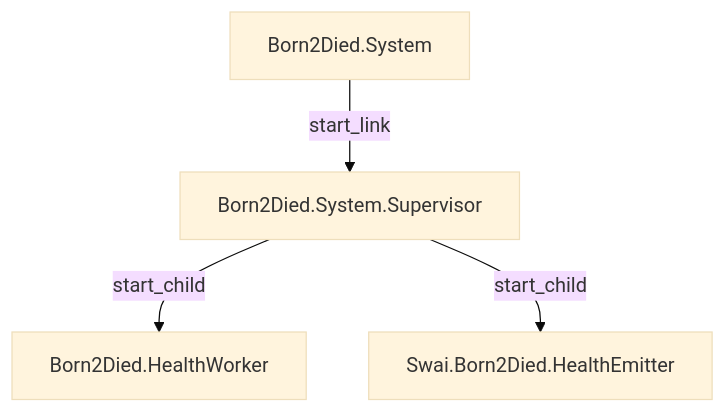
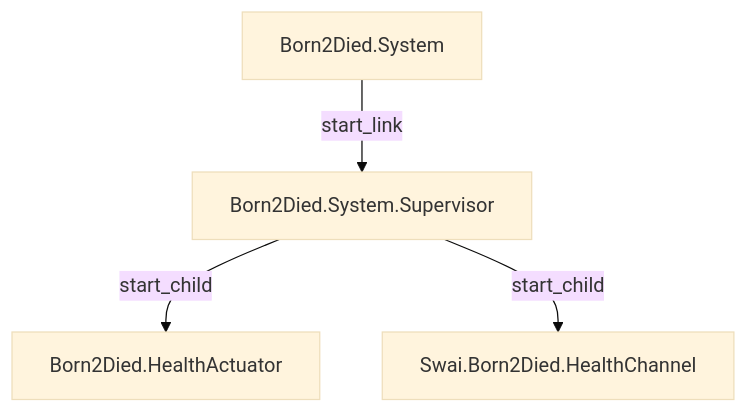
Before and after one commit to beam-campus/swai: the first of 2 diagrams in system/apps/swai_edge/lib/born_2_died/readme.md, drawn with Mermaid (base theme). The commit also changed other lines of this file and 46 other files, not shown here.

````diff
--- a/system/apps/swai_edge/lib/born_2_died/readme.md
+++ b/system/apps/swai_edge/lib/born_2_died/readme.md
@@ -19,13 +19,13 @@
 ```mermaid
 graph TD
 
   System[Born2Died.System]
   Supervisor[Born2Died.System.Supervisor]
-  Worker[Born2Died.HealthWorker]
-  Channel[Swai.Born2Died.HealthEmitter]
+  Worker[Born2Died.HealthActuator]
+  Channel[Swai.Born2Died.HealthChannel]
 
   System --> |start_link| Supervisor  
   Supervisor --> |start_child| Worker
   Supervisor --> |start_child| Channel
 
 ```
````
